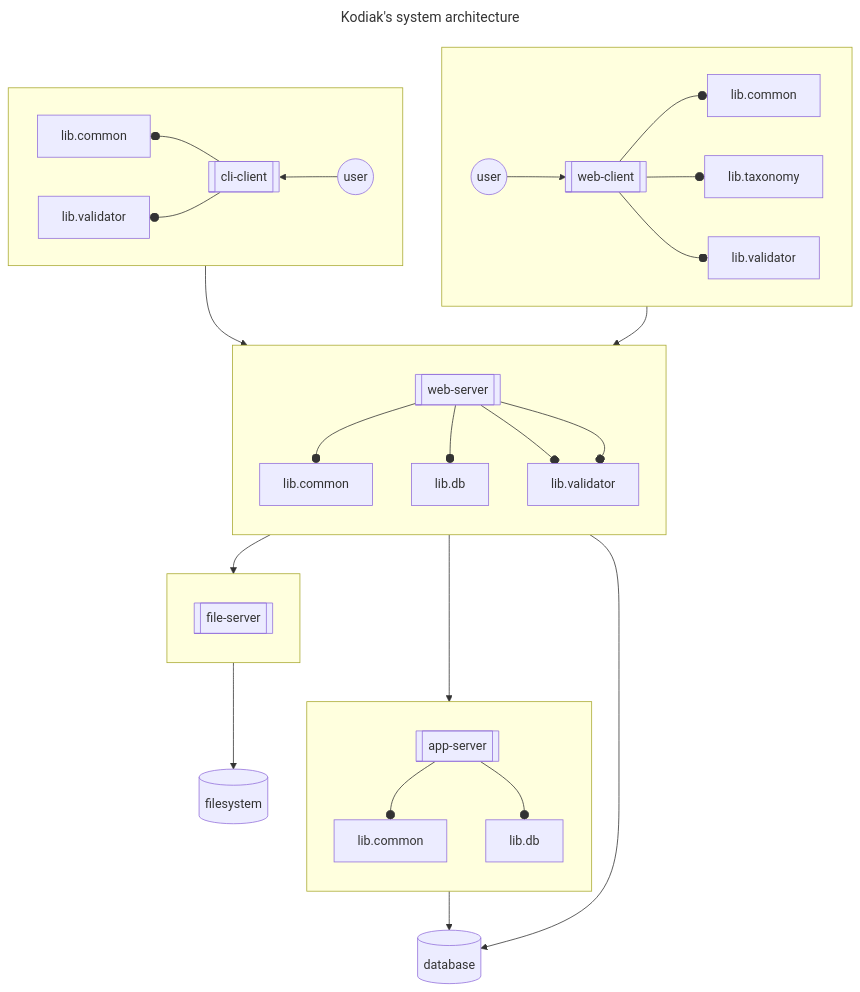
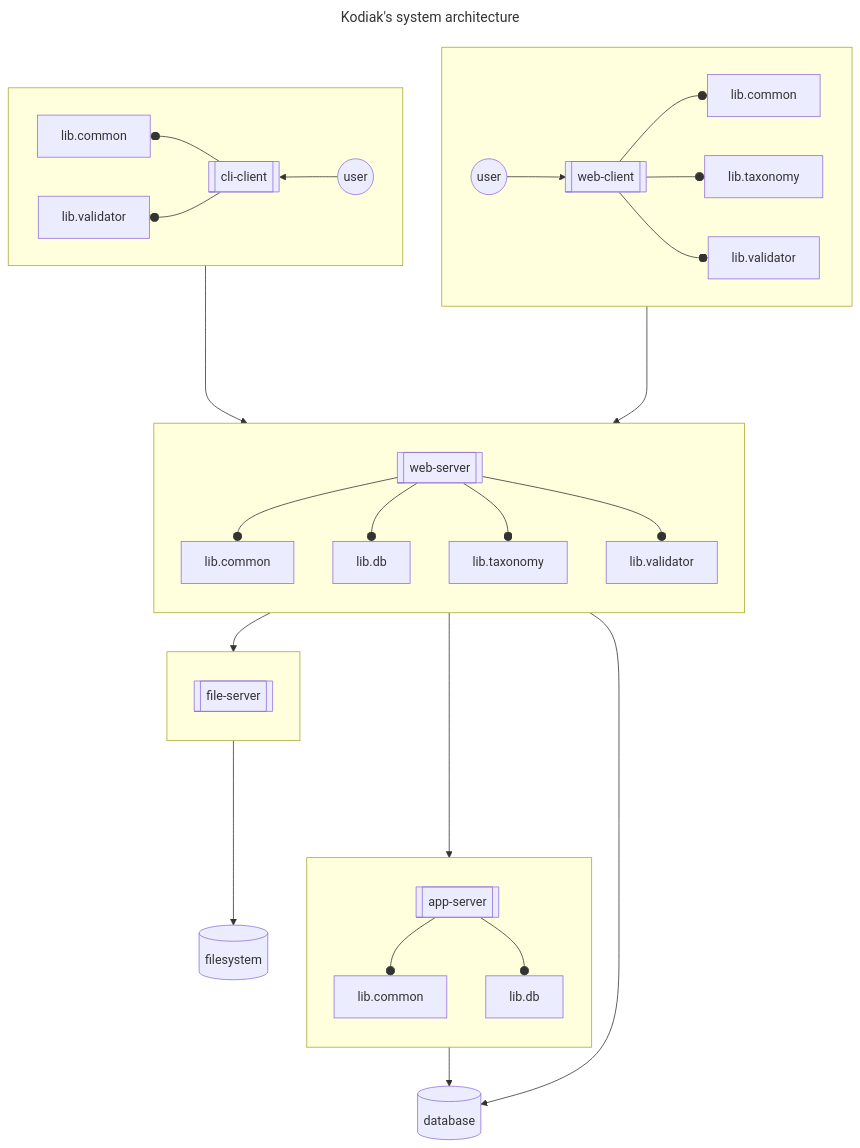
One commit to polarlabs/kodiak-diagrams changed the diagram in SYSTEM-ARCHITECTURE.md. Above: the diagram before and after it, drawn with Mermaid.

Commit message:
fix: rearrange boxes.

````diff
--- a/SYSTEM-ARCHITECTURE.md
+++ b/SYSTEM-ARCHITECTURE.md
@@ -5,43 +5,43 @@
 ```mermaid
 ---
 title: Kodiak's system architecture
 ---
 flowchart TB
   subgraph user-web[ ]
     direction LR
     web-user((user)) --> web-client[[web-client]]
     web-client --o web-client.lib.common[lib.common]
     web-client --o web-client.lib.taxonomy[lib.taxonomy]
     web-client --o web-client.lib.validator[lib.validator]
   end
   subgraph user-cli[ ]
     direction RL
     cli-user((user)) --> cli-client[[cli-client]]
     cli-client --o cli-client.lib.common[lib.common]
     cli-client --o cli-client.lib.validator[lib.validator]
   end
   subgraph file-server[ ]
     direction TB
     file-server.api[[file-server]]
   end
   subgraph web-server[ ]
     direction TB
     web-server.api[[web-server]] --o web-server.lib.common[lib.common]
     web-server.api[[web-server]] --o web-server.lib.db[lib.db]
     web-server.api[[web-server]] --o web-server.lib.taxonomy[lib.taxonomy]
-    web-server.api[[web-server]] --o web-server.lib.taxonomy[lib.validator]
+    web-server.api[[web-server]] --o web-server.lib.validator[lib.validator]
   end
   subgraph app-server[ ]
     direction TB
     app-server.api[[app-server]] --o app-server.lib.common[lib.common]
     app-server.api[[app-server]] --o app-server.lib.db[lib.db]
   end
-  web-client --> web-server.api
-  cli-client --> web-server.api
+  web-client ----> web-server.api
+  cli-client ----> web-server.api
   web-server.api --> file-server.api
   web-server.api --> app-server.api
-  file-server --> filesystem[(filesystem)]
+  file-server ----> filesystem[(filesystem)]
   web-server --> database[(database)]
   app-server --> database[(database)]
   filesystem ~~~ database
 ```
````
